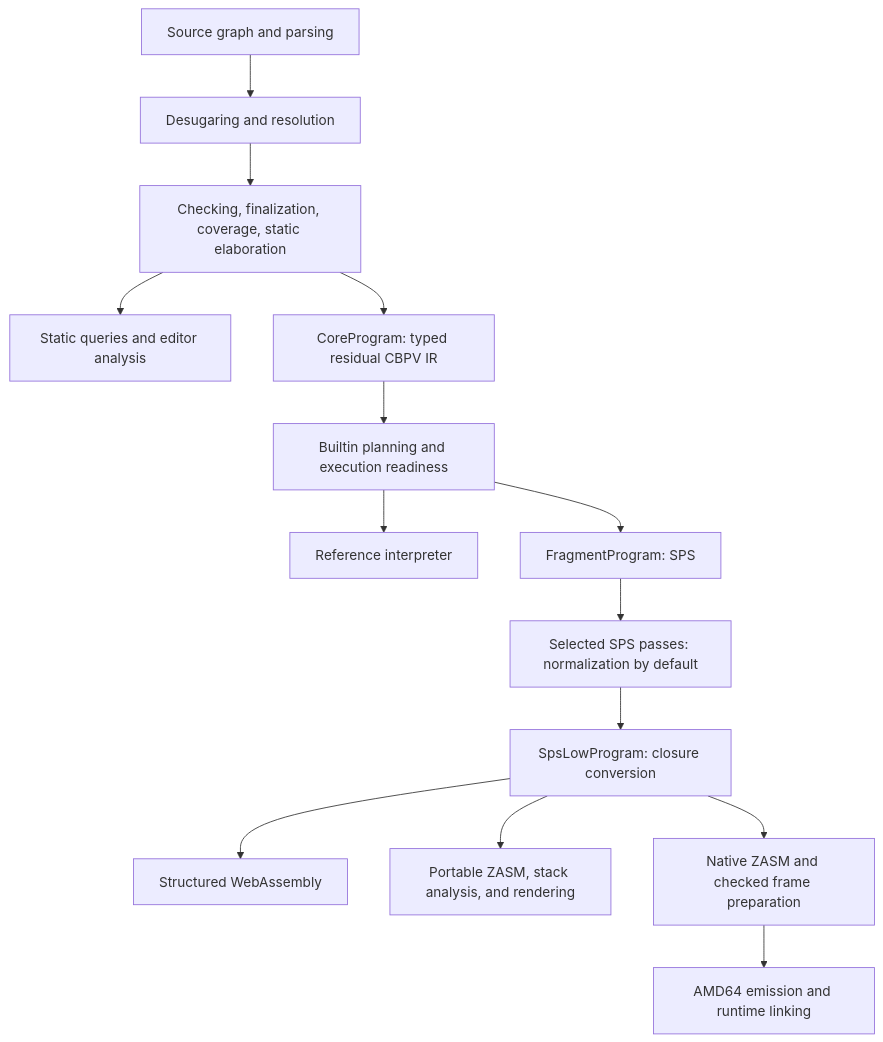
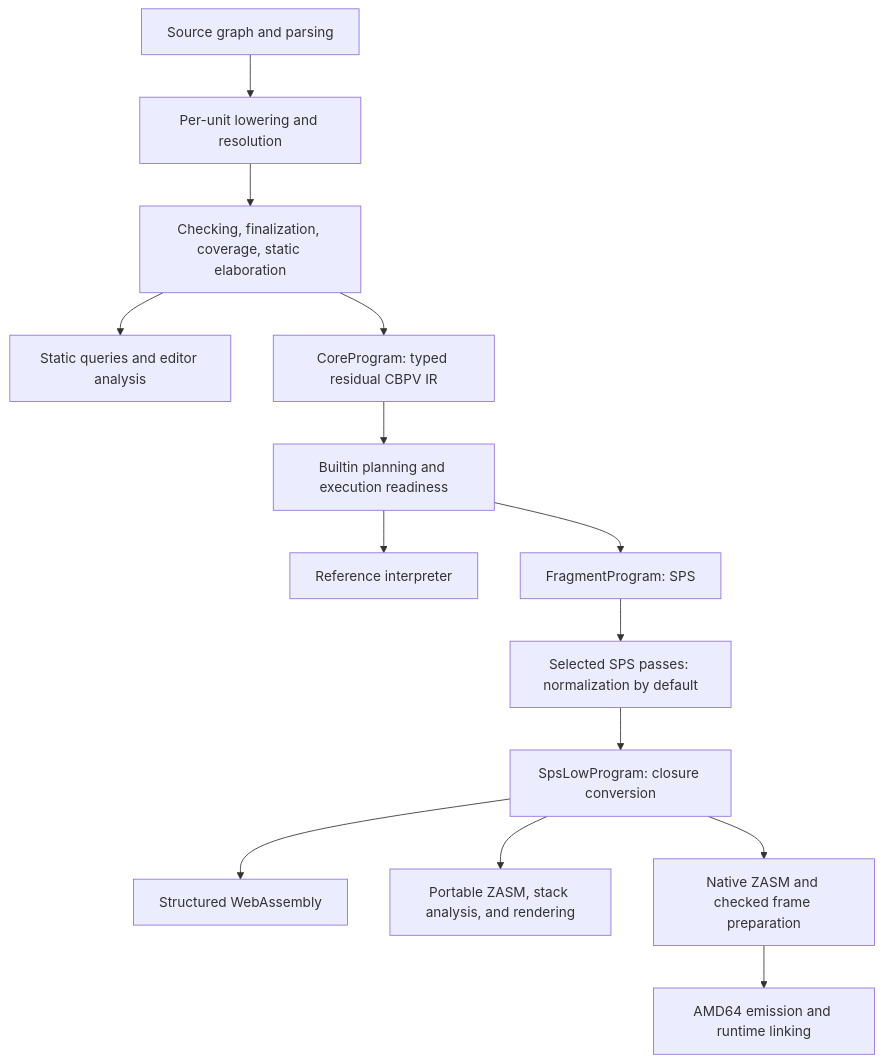
Before and after one commit to zydeco-lang/zydeco: the diagram in docs/references/compiler/src/architecture.md, drawn with Mermaid. The commit also changed other lines of this file and 10 other files, not shown here.

Commit message:
docs: align compiler references with modular frontend and unit queries

````diff
--- a/docs/references/compiler/src/architecture.md
+++ b/docs/references/compiler/src/architecture.md
@@ -10,16 +10,16 @@
 ```mermaid
 flowchart TD
-    Sources[Source graph and parsing] --> Frontend[Desugaring and resolution]
+    Sources[Source graph and parsing] --> Frontend[Per-unit lowering and resolution]
     Frontend --> Statics[Checking, finalization, coverage, static elaboration]
     Statics --> Queries[Static queries and editor analysis]
     Statics --> Core[CoreProgram: typed residual CBPV IR]
     Core --> Entry[Builtin planning and execution readiness]
     Entry --> Dynamics[Reference interpreter]
     Entry --> Sps[FragmentProgram: SPS]
     Sps --> Normalize[Selected SPS passes: normalization by default]
     Normalize --> Low[SpsLowProgram: closure conversion]
     Low --> Wasm[Structured WebAssembly]
     Low --> Portable[Portable ZASM, stack analysis, and rendering]
     Low --> Native[Native ZASM and checked frame preparation]
     Native --> AMD64[AMD64 emission and runtime linking]
 ```
````
